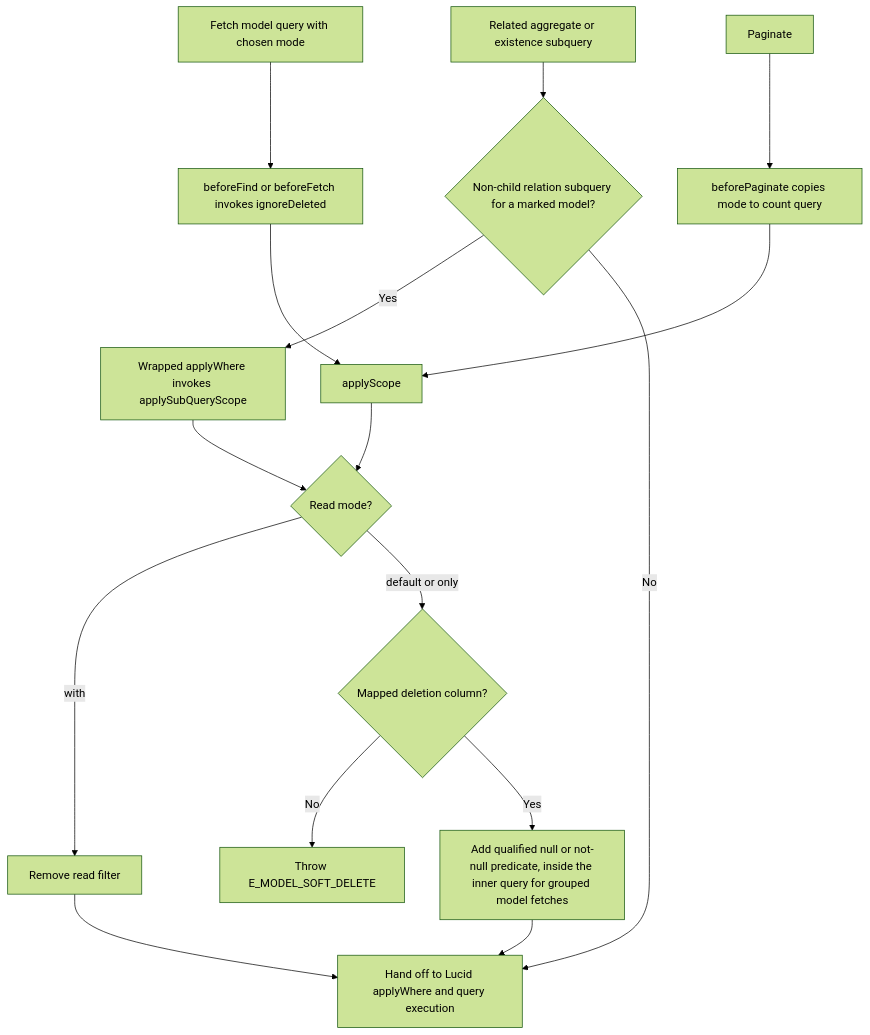
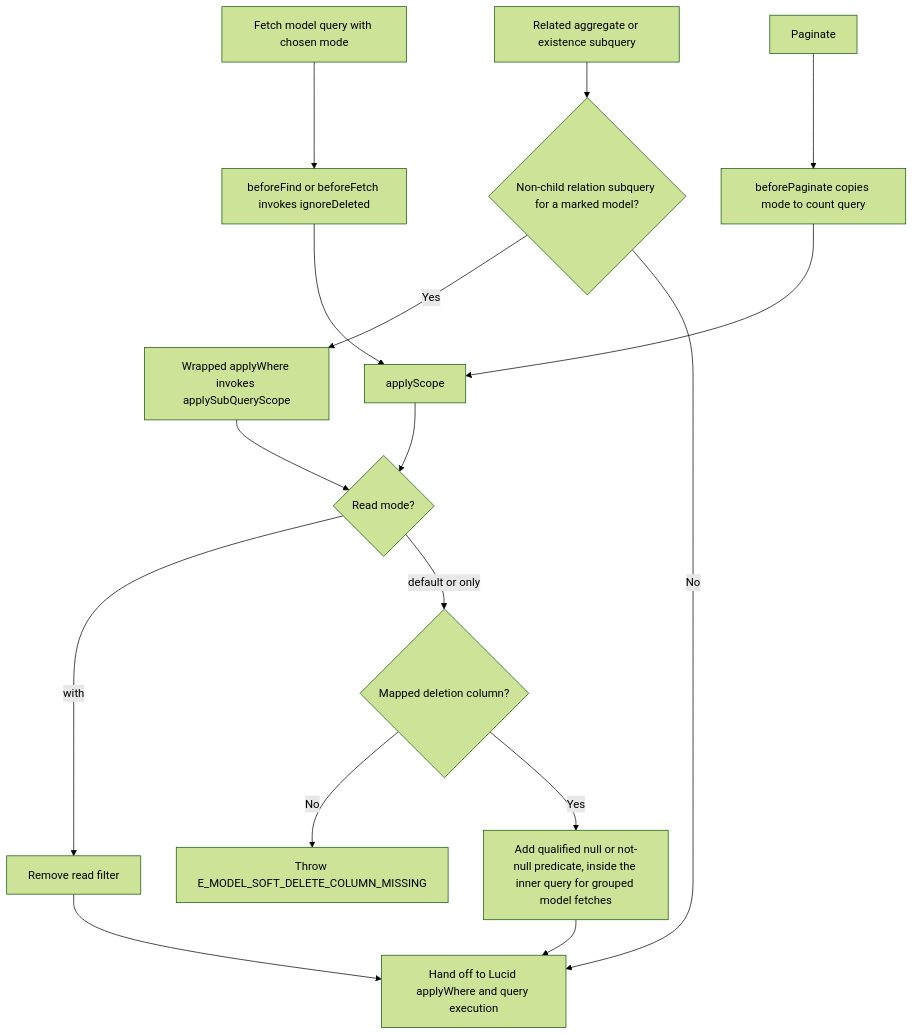
Before and after one commit to Kevinjohn/oss-adonisjs-lucid-soft-delete: the second of 2 diagrams in user-stories/query-deleted-records/us-app-02-query-deleted-records.md, drawn with Mermaid (forest theme). The commit also changed other lines of this file and 6 other files, not shown here.

````diff
--- a/user-stories/query-deleted-records/us-app-02-query-deleted-records.md
+++ b/user-stories/query-deleted-records/us-app-02-query-deleted-records.md
@@ -36,14 +36,14 @@
 ```mermaid
 flowchart TD
     A["Fetch model query with chosen mode"] --> B["beforeFind or beforeFetch invokes ignoreDeleted"] --> C["applyScope"]
     D["Paginate"] --> E["beforePaginate copies mode to count query"] --> C
     F["Related aggregate or existence subquery"] --> R{"Non-child relation subquery for a marked model?"}
     R -->|Yes| G["Wrapped applyWhere invokes applySubQueryScope"]
     R -->|No| J
     C --> H{"Read mode?"}
     G --> H
     H -->|with| I["Remove read filter"] --> J["Hand off to Lucid applyWhere and query execution"]
     H -->|default or only| K{"Mapped deletion column?"}
-    K -->|No| L["Throw E_MODEL_SOFT_DELETE"]
+    K -->|No| L["Throw E_MODEL_SOFT_DELETE_COLUMN_MISSING"]
     K -->|Yes| M["Add qualified null or not-null predicate, inside the inner query for grouped model fetches"] --> J
 ```
````
